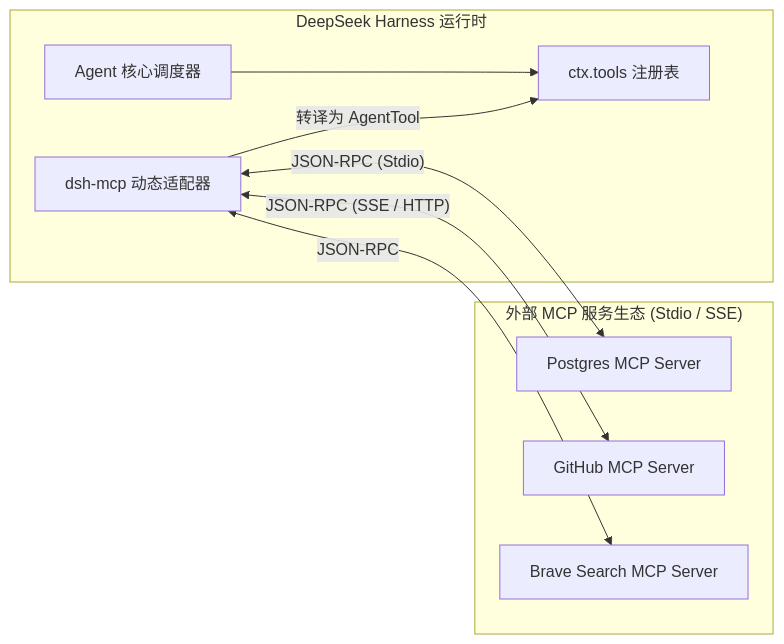
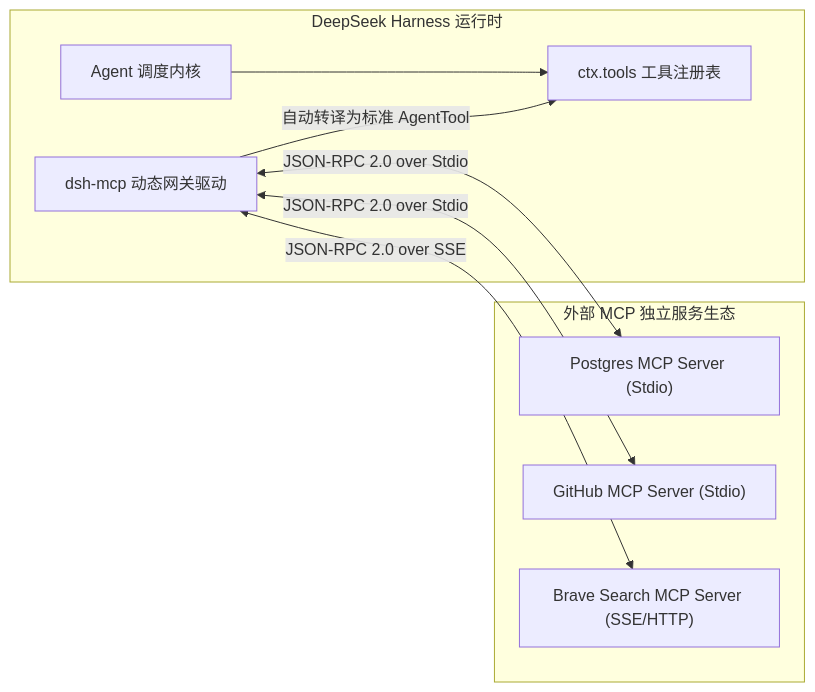
One commit to MoreConsequence/MoreConsequence.github.io changed the first of 2 diagrams in content/posts/dsh-06-plugin-development-and-mcp.md. Above: the diagram before and after it, drawn with Mermaid. The commit also changed other lines of this file and 11 other files, not shown here.

Commit message:
feat(blog): 全面扩充并深化 DeepSeek DSH 与 ORACT 双系列文章（每篇知识量扩充 3 倍+）

````diff
--- a/content/posts/dsh-06-plugin-development-and-mcp.md
+++ b/content/posts/dsh-06-plugin-development-and-mcp.md
@@ -111,21 +138,21 @@
 ```mermaid
 flowchart LR
-    subgraph DSHRuntime["DeepSeek Harness 运行时"]
-        AgentCore["Agent 核心调度器"]
-        ToolRegistry["ctx.tools 注册表"]
-        MCPBridge["dsh-mcp 动态适配器"]
+    subgraph DSHKernel["DeepSeek Harness 运行时"]
+        Scheduler["Agent 调度内核"]
+        ToolManager["ctx.tools 工具注册表"]
+        MCPGateway["dsh-mcp 动态网关驱动"]
         
-        AgentCore --> ToolRegistry
-        MCPBridge -->|"转译为 AgentTool"| ToolRegistry
+        Scheduler --> ToolManager
+        MCPGateway -->|"自动转译为标准 AgentTool"| ToolManager
     end
 
-    subgraph MCPServers["外部 MCP 服务生态 (Stdio / SSE)"]
-        S1["Postgres MCP Server"]
-        S2["GitHub MCP Server"]
-        S3["Brave Search MCP Server"]
+    subgraph MCPServers["外部 MCP 独立服务生态"]
+        Server1["Postgres MCP Server (Stdio)"]
+        Server2["GitHub MCP Server (Stdio)"]
+        Server3["Brave Search MCP Server (SSE/HTTP)"]
     end
 
-    MCPBridge <-->|"JSON-RPC (Stdio)"| S1
-    MCPBridge <-->|"JSON-RPC (SSE / HTTP)"| S2
-    MCPBridge <-->|"JSON-RPC"| S3
+    MCPGateway <-->|"JSON-RPC 2.0 over Stdio"| Server1
+    MCPGateway <-->|"JSON-RPC 2.0 over Stdio"| Server2
+    MCPGateway <-->|"JSON-RPC 2.0 over SSE"| Server3
 ```
````
